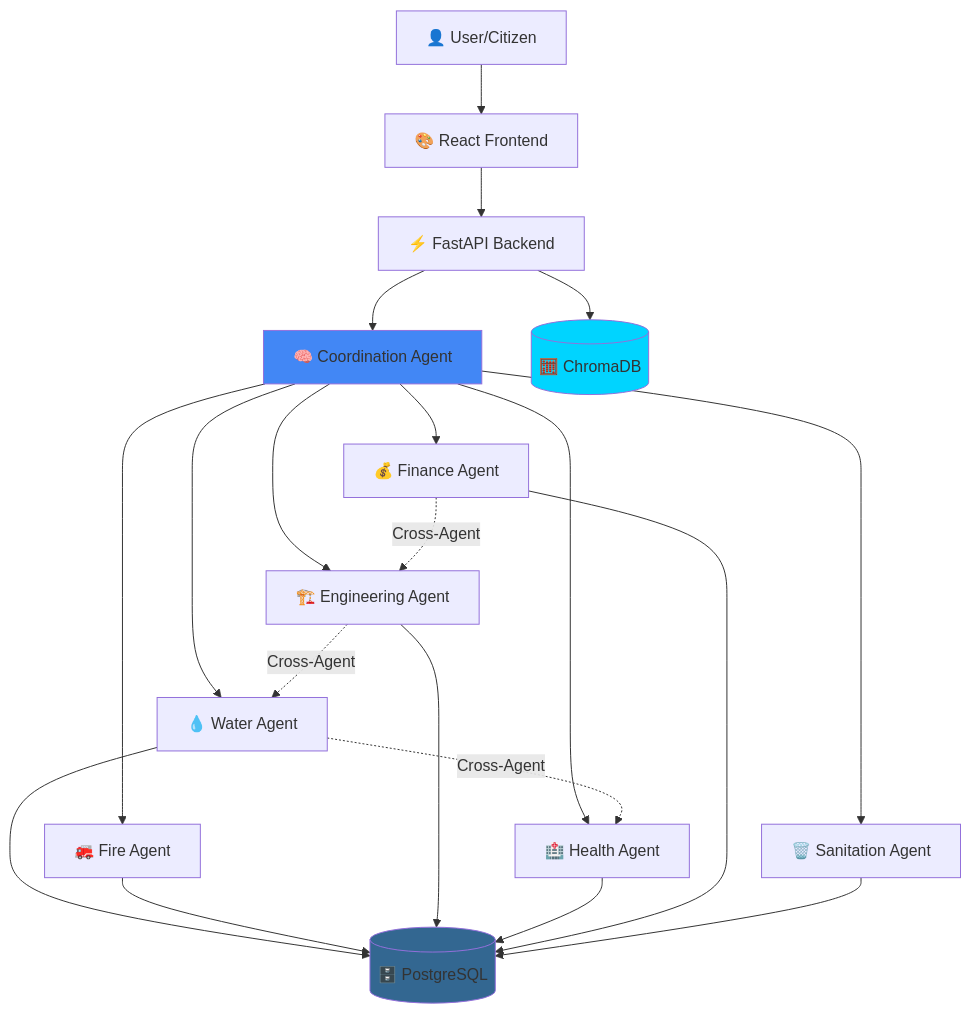
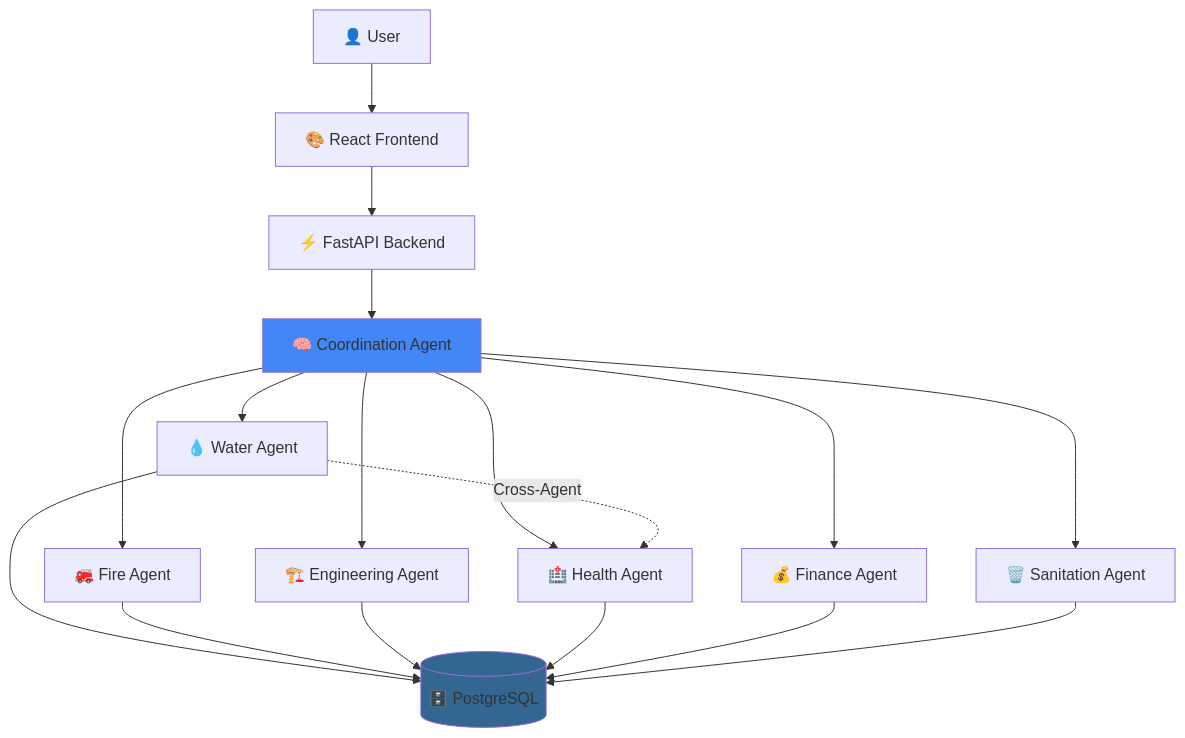
The diagram in README.md (varshneytarang/City-Governance-System), drawn with Mermaid before and after one commit. The commit also changed other lines of this file and 12 other files, not shown here.

````diff
--- a/README.md
+++ b/README.md
@@ -121,30 +48,25 @@
 ```mermaid
 graph TB
-    User[👤 User/Citizen] --> Frontend[🎨 React Frontend]
+    User[👤 User] --> Frontend[🎨 React Frontend]
     Frontend --> API[⚡ FastAPI Backend]
     API --> Coordinator[🧠 Coordination Agent]
     
     Coordinator --> Water[💧 Water Agent]
     Coordinator --> Fire[🚒 Fire Agent]
     Coordinator --> Engineering[🏗️ Engineering Agent]
     Coordinator --> Health[🏥 Health Agent]
     Coordinator --> Finance[💰 Finance Agent]
     Coordinator --> Sanitation[🗑️ Sanitation Agent]
     
     Water -.Cross-Agent.-> Health
-    Engineering -.Cross-Agent.-> Water
-    Finance -.Cross-Agent.-> Engineering
     
     Water --> DB[(🗄️ PostgreSQL)]
     Fire --> DB
     Engineering --> DB
     Health --> DB
     Finance --> DB
     Sanitation --> DB
     
-    API --> VectorDB[(🧮 ChromaDB)]
-    
     style Coordinator fill:#4287f5
     style DB fill:#336791
-    style VectorDB fill:#00d4ff
 ```
````
